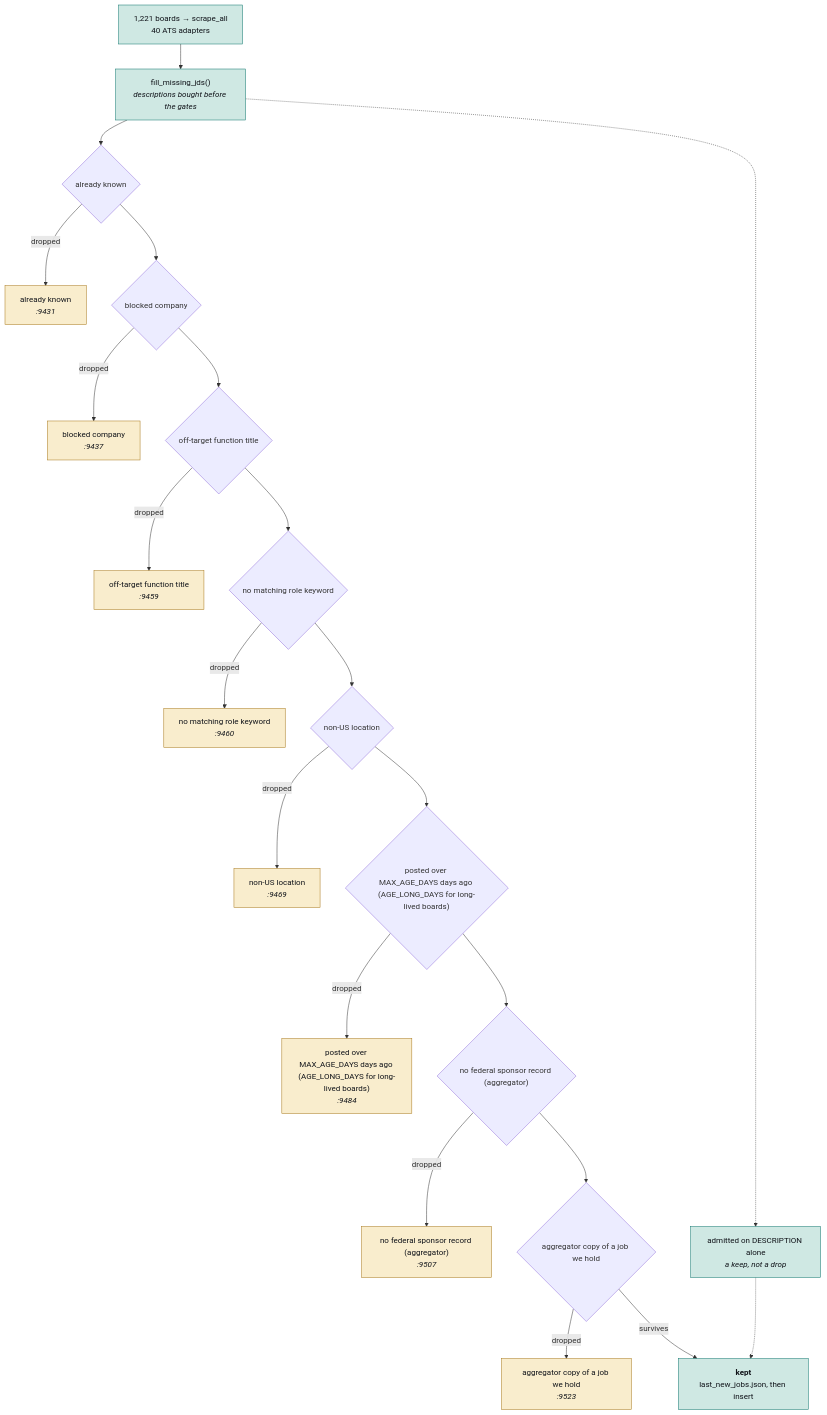
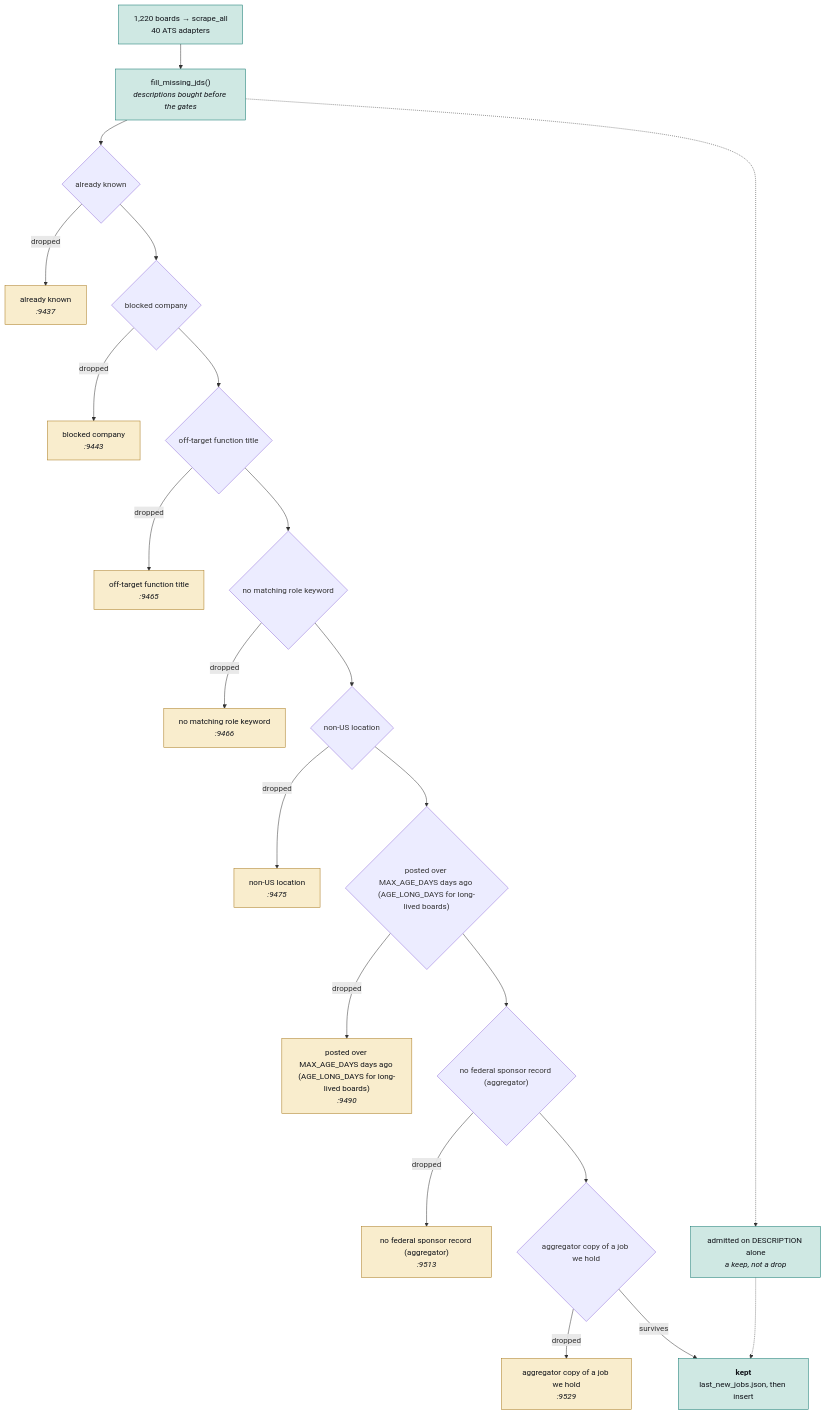
Before and after one commit to hadakunal909-debug/job-search-tool: the second of 4 diagrams in JobMatch Scraper/docs/ARCHITECTURE.md, drawn with Mermaid. The commit also changed other lines of this file and 14 other files, not shown here.

````diff
--- a/JobMatch Scraper/docs/ARCHITECTURE.md
+++ b/JobMatch Scraper/docs/ARCHITECTURE.md
@@ -106,54 +106,54 @@
 ```mermaid
 flowchart TB
-  SRC["1,221 boards → scrape_all<br/>40 ATS adapters"]
+  SRC["1,220 boards → scrape_all<br/>40 ATS adapters"]
   JD["fill_missing_jds()<br/><i>descriptions bought before the gates</i>"]
   SRC --> JD
   G0{"already known"}
-  D0["already known<br/><i>:9431</i>"]
+  D0["already known<br/><i>:9437</i>"]
   JD --> G0
   G0 -->|dropped| D0
   class D0 trap
   G1{"blocked company"}
-  D1["blocked company<br/><i>:9437</i>"]
+  D1["blocked company<br/><i>:9443</i>"]
   G0 --> G1
   G1 -->|dropped| D1
   class D1 trap
   G2{"off-target function title"}
-  D2["off-target function title<br/><i>:9459</i>"]
+  D2["off-target function title<br/><i>:9465</i>"]
   G1 --> G2
   G2 -->|dropped| D2
   class D2 trap
   G3{"no matching role keyword"}
-  D3["no matching role keyword<br/><i>:9460</i>"]
+  D3["no matching role keyword<br/><i>:9466</i>"]
   G2 --> G3
   G3 -->|dropped| D3
   class D3 trap
   G4{"non-US location"}
-  D4["non-US location<br/><i>:9469</i>"]
+  D4["non-US location<br/><i>:9475</i>"]
   G3 --> G4
   G4 -->|dropped| D4
   class D4 trap
   G5{"posted over MAX_AGE_DAYS days ago (AGE_LONG_DAYS for long-lived boards)"}
-  D5["posted over MAX_AGE_DAYS days ago (AGE_LONG_DAYS for long-lived boards)<br/><i>:9484</i>"]
+  D5["posted over MAX_AGE_DAYS days ago (AGE_LONG_DAYS for long-lived boards)<br/><i>:9490</i>"]
   G4 --> G5
   G5 -->|dropped| D5
   class D5 trap
   G6{"no federal sponsor record (aggregator)"}
-  D6["no federal sponsor record (aggregator)<br/><i>:9507</i>"]
+  D6["no federal sponsor record (aggregator)<br/><i>:9513</i>"]
   G5 --> G6
   G6 -->|dropped| D6
   class D6 trap
   G7{"aggregator copy of a job we hold"}
-  D7["aggregator copy of a job we hold<br/><i>:9523</i>"]
+  D7["aggregator copy of a job we hold<br/><i>:9529</i>"]
   G6 --> G7
   G7 -->|dropped| D7
   class D7 trap
   KEEP["<b>kept</b><br/>last_new_jobs.json, then insert"]
   G7 -->|survives| KEEP
   RESCUE["admitted on DESCRIPTION alone<br/><i>a keep, not a drop</i>"]
   JD -.-> RESCUE
   RESCUE -.-> KEEP
   classDef trap fill:#f9edcd,stroke:#a8781a,color:#101319
   classDef sched fill:#cfe8e3,stroke:#0f766e,color:#101319
   class SRC,JD,KEEP,RESCUE sched
 ```
````
